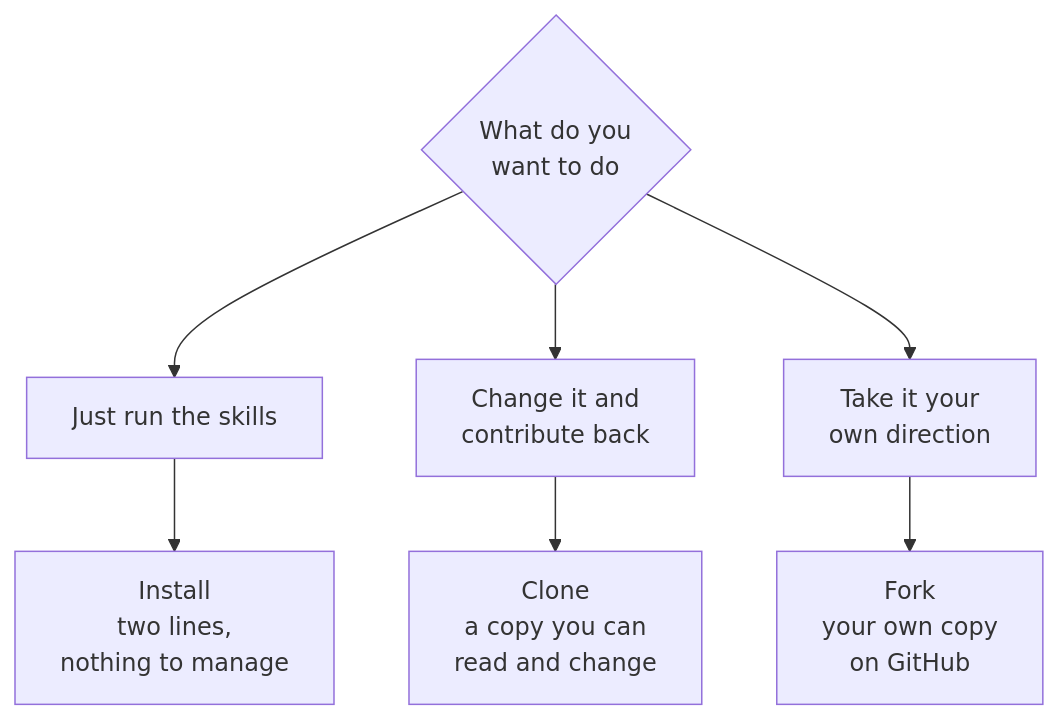
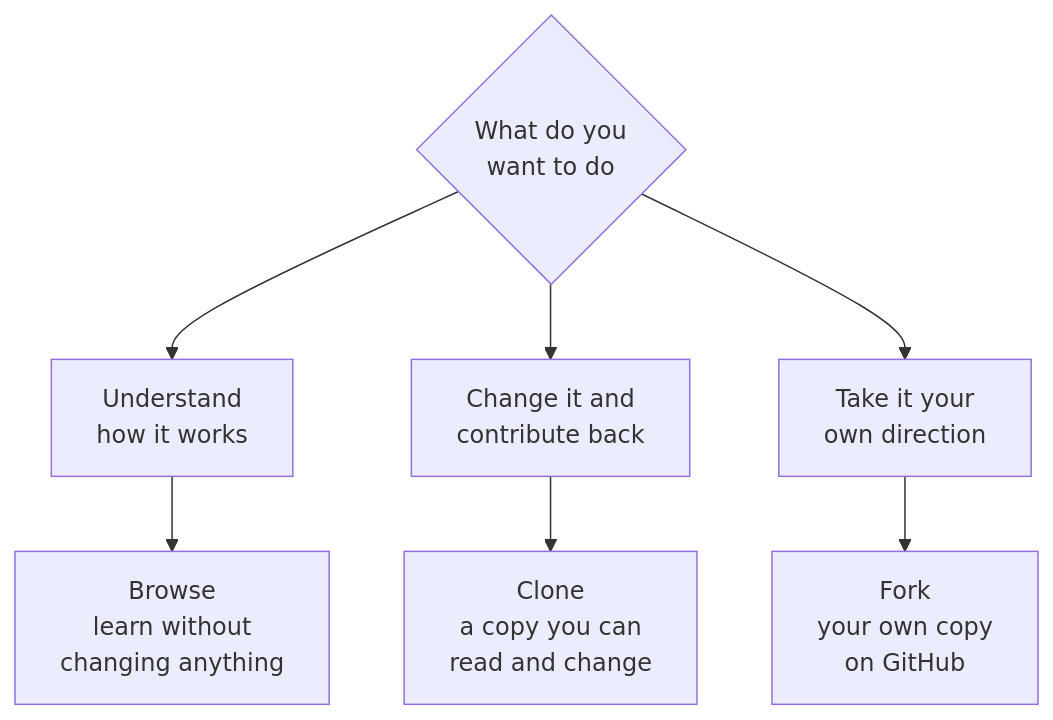
Diagram 21 of 31 in docs/diagrams.md (Productside/Productside-Github4PMs), drawn with Mermaid before and after one commit. The commit also changed other lines of this file and 206 other files, not shown here.

````diff
--- a/docs/diagrams.md
+++ b/docs/diagrams.md
@@ -462,14 +462,14 @@
 ```mermaid
 flowchart TD
   W{"What do you<br/>want to do"}
-  I["Install<br/>two lines,<br/>nothing to manage"]
+  I["Browse<br/>learn without<br/>changing anything"]
   C["Clone<br/>a copy you can<br/>read and change"]
   F["Fork<br/>your own copy<br/>on GitHub"]
-  U["Just run the skills"]
+  U["Understand<br/>how it works"]
   CH["Change it and<br/>contribute back"]
   OW["Take it your<br/>own direction"]
 
   W --> U --> I
   W --> CH --> C
   W --> OW --> F
 ```
````
